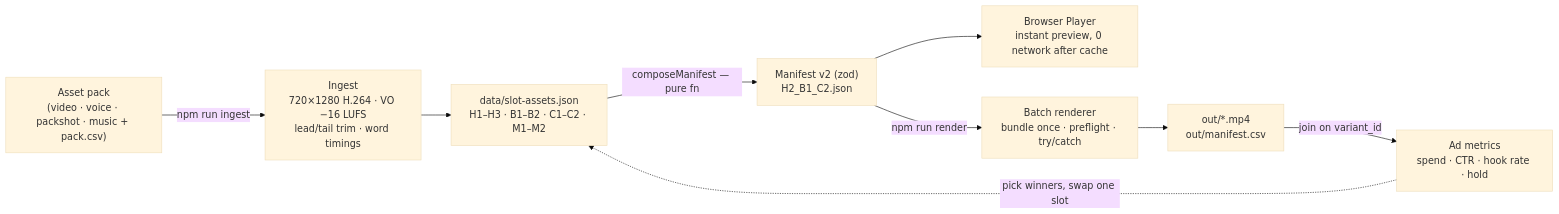
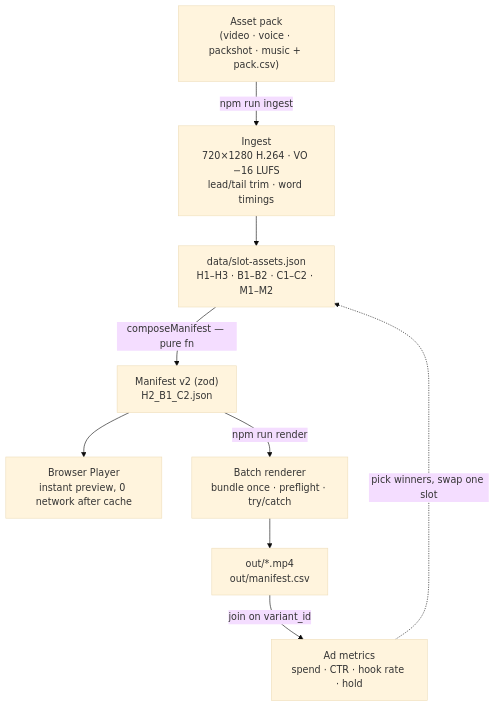
The diagram in README.md (raphsoundmix-ctrl/ryze-remotion-test), drawn with Mermaid (base theme) before and after one commit. The commit also changed other lines of this file and 2 other files, not shown here.

Commit message:
docs: one-line real-pack pipeline, vertical architecture diagram, STATUS done

````diff
--- a/README.md
+++ b/README.md
@@ -29,11 +29,11 @@
 ```mermaid
-flowchart LR
+flowchart TB
   P["Asset pack<br/>(video · voice · packshot · music + pack.csv)"] -->|npm run ingest| I["Ingest<br/>720×1280 H.264 · VO −16 LUFS<br/>lead/tail trim · word timings"]
   I --> S["data/slot-assets.json<br/>H1–H3 · B1–B2 · C1–C2 · M1–M2"]
   S -->|composeManifest — pure fn| V["Manifest v2 (zod)<br/>H2_B1_C2.json"]
   V --> PL["Browser Player<br/>instant preview, 0 network after cache"]
   V -->|npm run render| R["Batch renderer<br/>bundle once · preflight · try/catch"]
   R --> O["out/*.mp4<br/>out/manifest.csv"]
   O -->|join on variant_id| M["Ad metrics<br/>spend · CTR · hook rate · hold"]
   M -.->|pick winners, swap one slot| S
 ```
````
